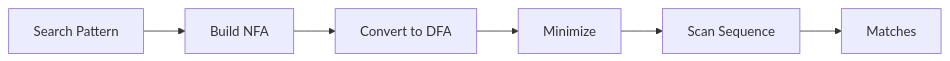
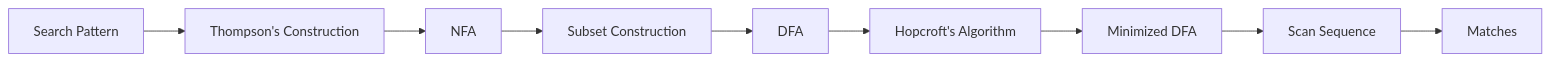
The first of 16 diagrams in docs/DOCUMENTATION.md (kntjspr/automata-new), drawn with Mermaid before and after one commit. The commit also changed other lines of this file, not shown here.

Commit message:
fix mermaid diagram

````diff
--- a/docs/DOCUMENTATION.md
+++ b/docs/DOCUMENTATION.md
@@ -18,8 +18,11 @@
 ```mermaid
 flowchart LR
-    P[Search Pattern] --> NFA[Build NFA]
-    NFA --> DFA[Convert to DFA]
-    DFA --> MIN[Minimize]
+    P[Search Pattern] --> T[Thompson's Construction]
+    T --> NFA[NFA]
+    NFA --> S[Subset Construction]
+    S --> DFA[DFA]
+    DFA --> H[Hopcroft's Algorithm]
+    H --> MIN[Minimized DFA]
     MIN --> SCAN[Scan Sequence]
     SCAN --> M[Matches]
 ```
````
